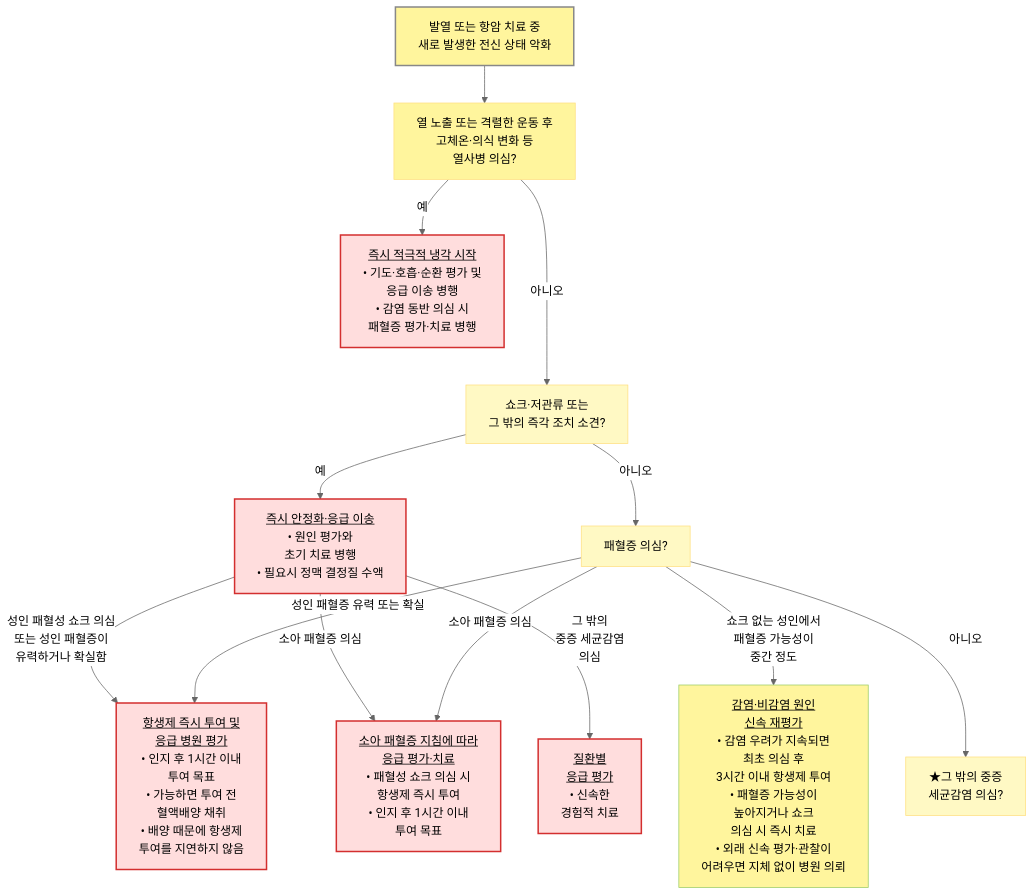
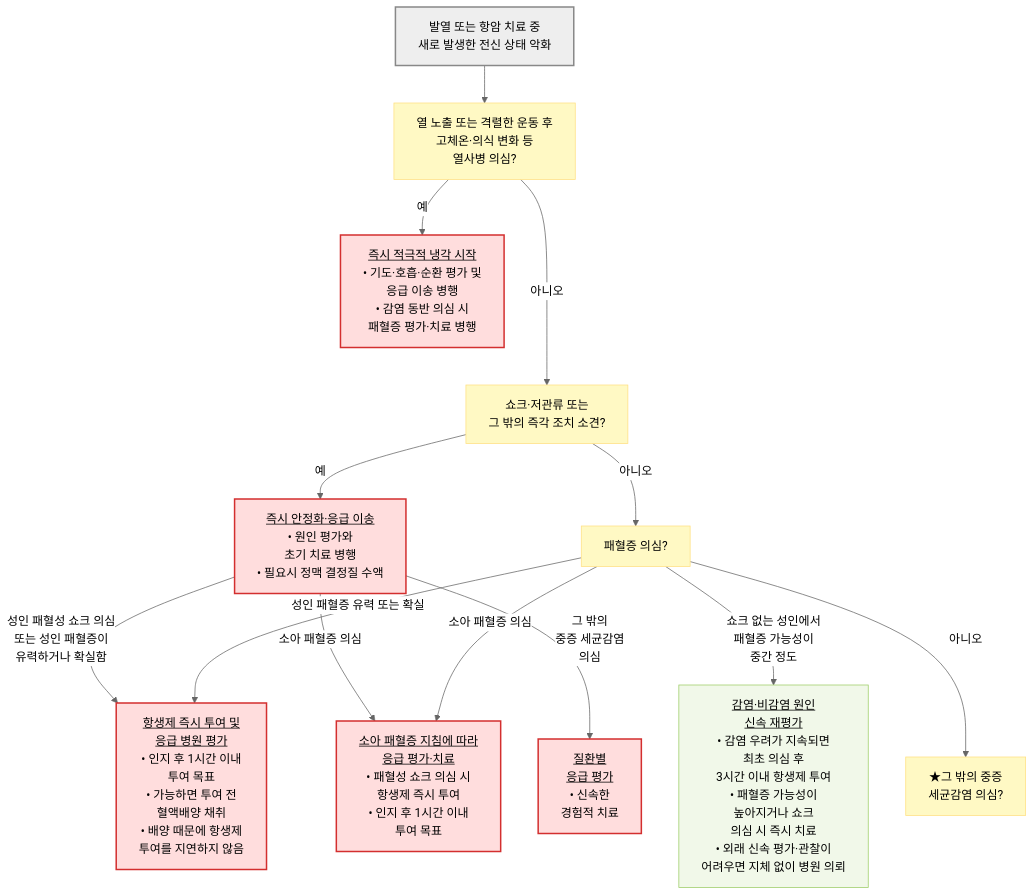
The second of 3 diagrams in 220_/011_-fever.md (familyoh77/familyoh77), drawn with Mermaid (neutral theme) before and after one commit. The commit also changed other lines of this file and 12 other files, not shown here.

````diff
--- a/220_/011_-fever.md
+++ b/220_/011_-fever.md
@@ -356,26 +353,23 @@
 ```mermaid
 flowchart TD
     A["발열 또는 항암 치료 중<br/>새로 발생한 전신 상태 악화"] --> D["열 노출 또는 격렬한 운동 후<br/>고체온·의식 변화 등 <br/>열사병 의심?"]
     D -- "예" --> E["<u>즉시 적극적 냉각 시작</u><br/>• 기도·호흡·순환 평가 및 <br/>응급 이송 병행<br/>• 감염 동반 의심 시 <br/>패혈증 평가·치료 병행"]
     D -- "아니오" ---> B["쇼크·저관류 또는 <br/>그 밖의 즉각 조치 소견?"]
     B -- "예" --> C["<u>즉시 안정화·응급 이송</u><br/>• 원인 평가와 <br/>초기 치료 병행<br/>• 필요시 정맥 결정질 수액"]
     C -- "성인 패혈성 쇼크 의심<br/>또는 성인 패혈증이 <br/>유력하거나 확실함" --> SP
     C -- "소아 패혈증 의심" --> P
     C -- "그 밖의 <br/>중증 세균감염 <br/>의심" --> Q["<u>질환별 <br/>응급 평가</u><br/>• 신속한 <br/>경험적 치료"]
     B -- "아니오" --> S["패혈증 의심?"]
     S -- "성인 패혈증 유력 또는 확실" --> SP["<u>항생제 즉시 투여 및 <br/>응급 병원 평가</u><br/>• 인지 후 1시간 이내 <br/>투여 목표<br/>• 가능하면 투여 전<br/> 혈액배양 채취<br/>• 배양 때문에 항생제 <br/>투여를 지연하지 않음"]
     S -- "쇼크 없는 성인에서<br/>패혈증 가능성이 <br/>중간 정도" --> R["<u>감염·비감염 원인 <br/>신속 재평가</u><br/>• 감염 우려가 지속되면<br/> 최초 의심 후<br/>3시간 이내 항생제 투여<br/>• 패혈증 가능성이 <br/>높아지거나 쇼크 <br/>의심 시 즉시 치료<br/>• 외래 신속 평가·관찰이<br/>어려우면 지체 없이 병원 의뢰"]
     S -- "소아 패혈증 의심" --> P["<u>소아 패혈증 지침에 따라 <br/>응급 평가·치료</u><br/>• 패혈성 쇼크 의심 시 <br/>항생제 즉시 투여<br/>• 인지 후 1시간 이내 <br/>투여 목표"]
     S -- "아니오" --> T["★그 밖의 중증 <br/>세균감염 의심?"]
     classDef start fill:#eeeeee,stroke:#888888,stroke-width:2px
     classDef question fill:#fff9c4,stroke:#ffe082
     classDef emergency fill:#ffdddd,stroke:#d32f2f,stroke-width:2px
     classDef evaluation fill:#f1f8e9,stroke:#9ccc65
     class A start
     class B,D,S,T question
     class C,E,SP,P,Q emergency
     class R evaluation
-    style A fill:#fff59d
-    style D fill:#fff59d
-    style R fill:#fff59d
 ```
````
